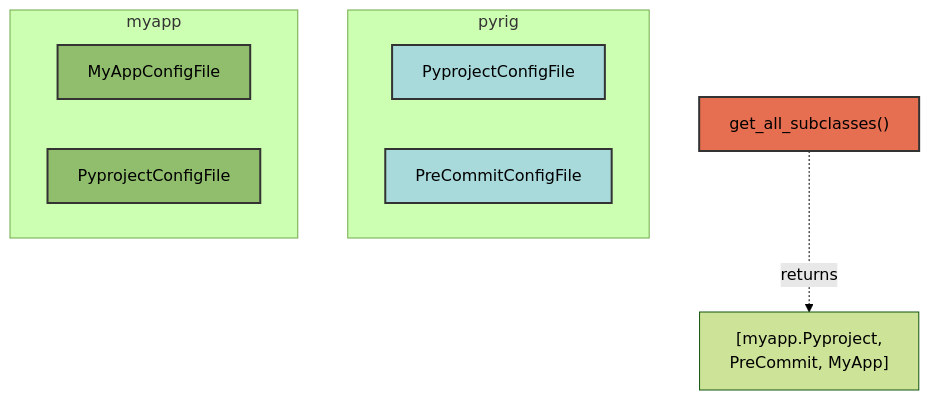
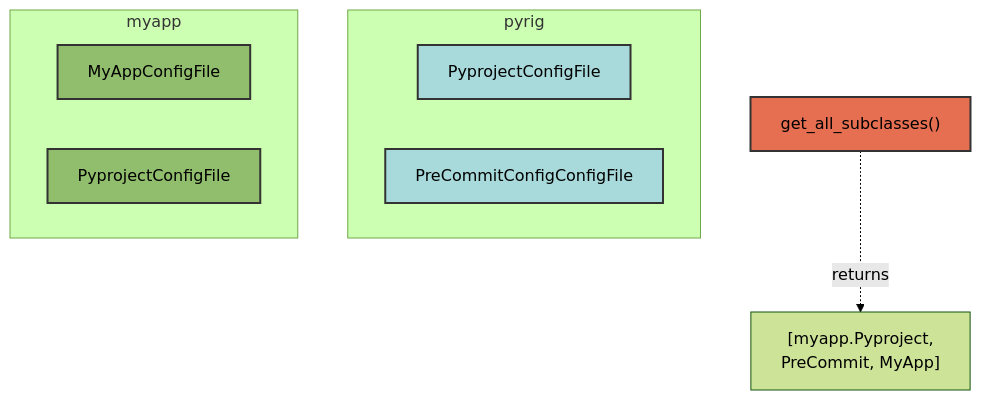
Before and after one commit to Winipedia/pyrig: the third of 3 diagrams in docs/management/architecture.md, drawn with Mermaid (forest theme). The commit also changed 1 other file, not shown here.

````diff
--- a/docs/management/architecture.md
+++ b/docs/management/architecture.md
@@ -95,20 +95,20 @@
 ```mermaid
 graph TD
     subgraph pyrig
         A[PyprojectConfigFile]
-        B[PreCommitConfigFile]
+        B[PreCommitConfigConfigFile]
     end
     subgraph myapp
         C[MyAppConfigFile]
         D[PyprojectConfigFile]
     end
 
     E["get_all_subclasses()"] -.->|returns| F["[myapp.Pyproject,
     PreCommit, MyApp]"]
 
     style A fill:#a8dadc,stroke:#333,stroke-width:2px,color:#000
     style B fill:#a8dadc,stroke:#333,stroke-width:2px,color:#000
     style C fill:#90be6d,stroke:#333,stroke-width:2px,color:#000
     style D fill:#90be6d,stroke:#333,stroke-width:2px,color:#000
     style E fill:#e76f51,stroke:#333,stroke-width:2px,color:#000
 ```
````
